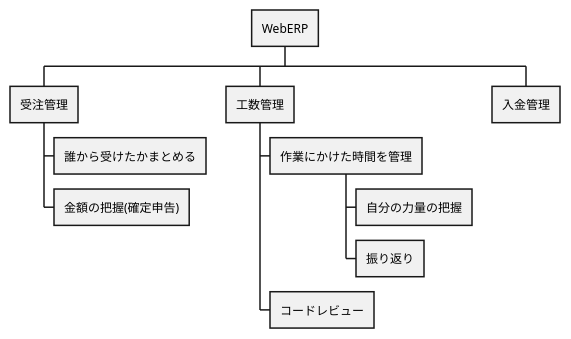
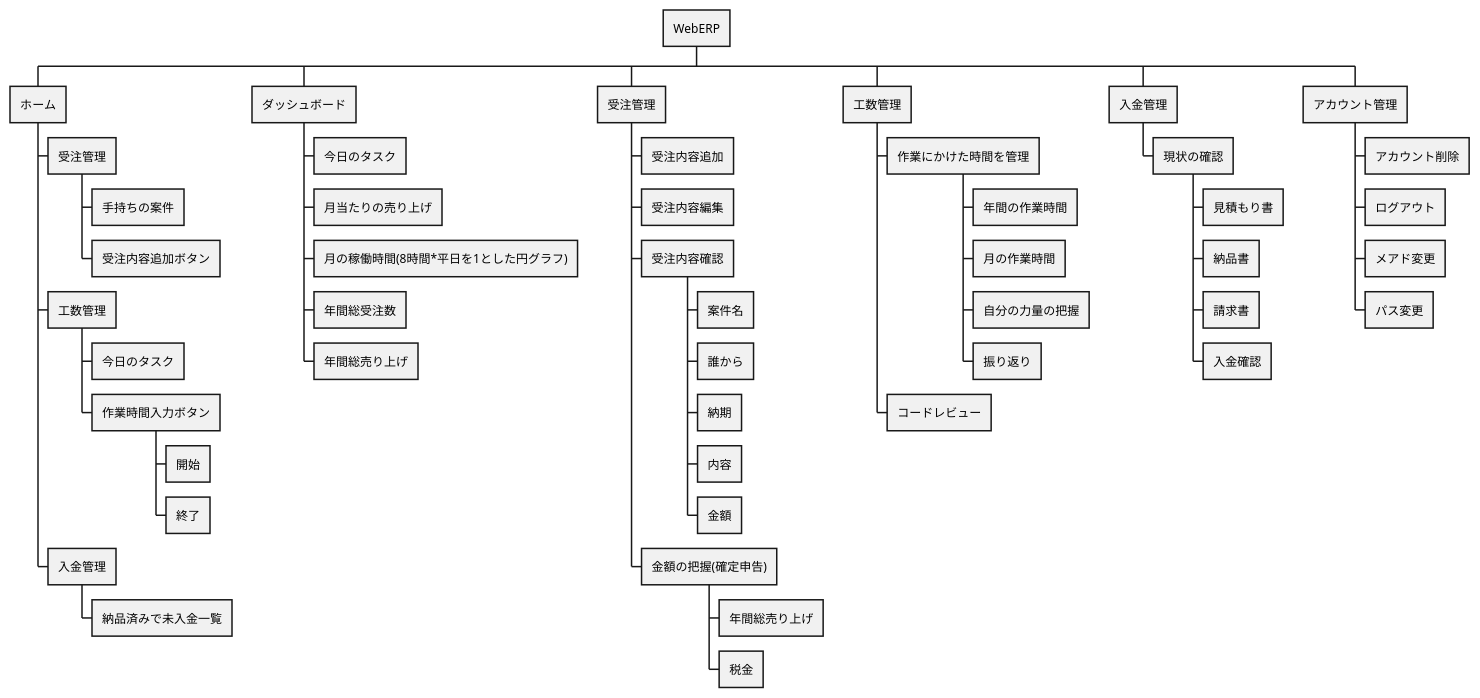
The diagram in docs/application functions.puml (CoopTechOrg/WebERP), drawn with PlantUML before and after one commit.

Commit message:
application機能追記

```diff
--- a/docs/application functions.puml
+++ b/docs/application functions.puml
@@ -1,14 +1,52 @@
 @startwbs
 'https://plantuml.com/wbs-diagram
 
 * WebERP
+** ホーム
+*** 受注管理
+**** 手持ちの案件
+**** 受注内容追加ボタン
+*** 工数管理
+**** 今日のタスク
+**** 作業時間入力ボタン
+***** 開始
+***** 終了
+*** 入金管理
+**** 納品済みで未入金一覧
+** ダッシュボード
+*** 今日のタスク
+*** 月当たりの売り上げ
+*** 月の稼働時間(8時間*平日を1とした円グラフ)
+*** 年間総受注数
+*** 年間総売り上げ
 ** 受注管理
-*** 誰から受けたかまとめる
+*** 受注内容追加
+*** 受注内容編集
+*** 受注内容確認
+**** 案件名
+**** 誰から
+**** 納期
+**** 内容
+**** 金額
 *** 金額の把握(確定申告)
+**** 年間総売り上げ
+**** 税金
 ** 工数管理
 *** 作業にかけた時間を管理
+**** 年間の作業時間
+**** 月の作業時間
 **** 自分の力量の把握
 **** 振り返り
 *** コードレビュー
 ** 入金管理
+*** 現状の確認
+**** 見積もり書
+**** 納品書
+**** 請求書
+**** 入金確認
+** アカウント管理
+*** アカウント削除
+*** ログアウト
+*** メアド変更
+*** パス変更
 @endwbs
```
